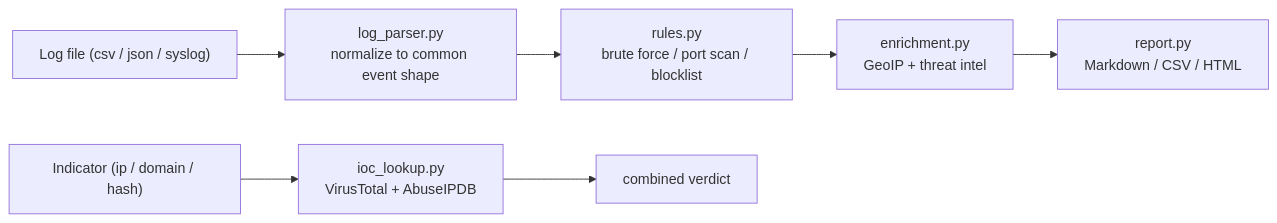
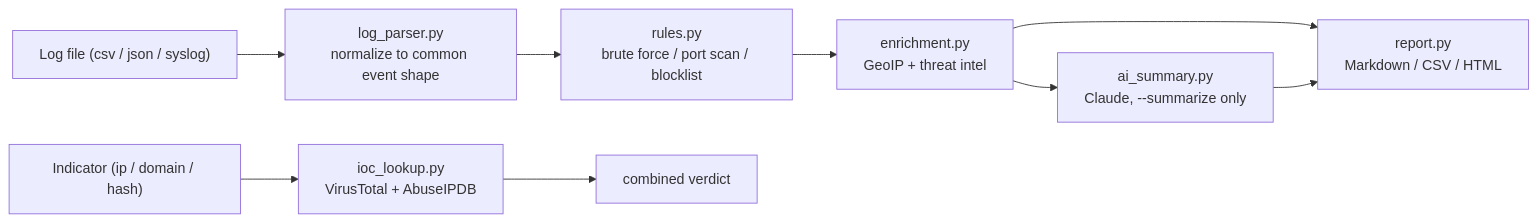
One commit to ara-5/soc_automation_toolkit changed the diagram in README.md. Above: the diagram before and after it, drawn with Mermaid. The commit also changed other lines of this file and 10 other files, not shown here.

````diff
--- a/README.md
+++ b/README.md
@@ -46,10 +52,12 @@
 ```mermaid
 flowchart LR
     A["Log file (csv / json / syslog)"] --> B["log_parser.py<br/>normalize to common event shape"]
     B --> C["rules.py<br/>brute force / port scan / blocklist"]
     C --> D["enrichment.py<br/>GeoIP + threat intel"]
     D --> E["report.py<br/>Markdown / CSV / HTML"]
+    D --> S["ai_summary.py<br/>Claude, --summarize only"]
+    S --> E
 
     F["Indicator (ip / domain / hash)"] --> G["ioc_lookup.py<br/>VirusTotal + AbuseIPDB"]
     G --> H["combined verdict"]
 ```
````
